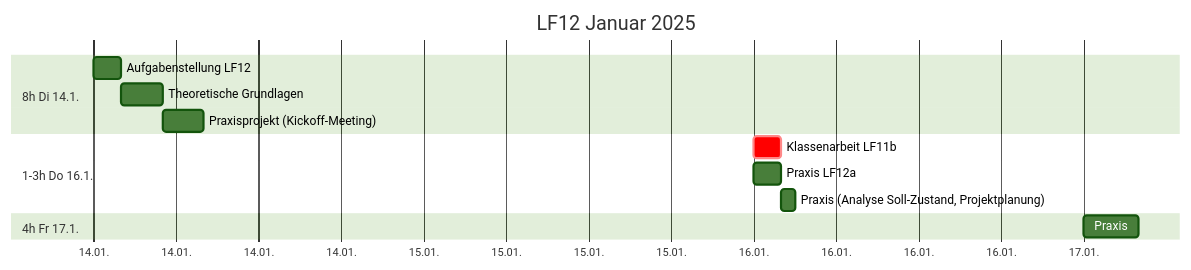
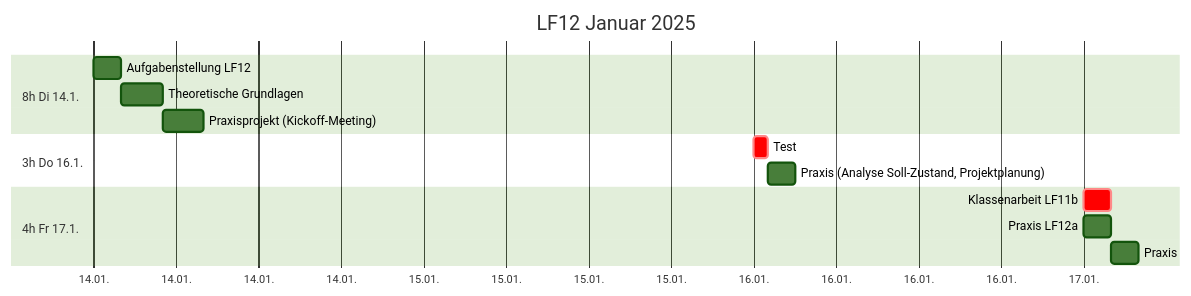
Before and after one commit to johannesloetzsch/LF12: the first of 3 diagrams in src/orga.md, drawn with Mermaid (forest theme). The commit also changed other lines of this file and 1 other file, not shown here.

Commit message:
[x] kick-off + änderung zeitplan

````diff
--- a/src/orga.md
+++ b/src/orga.md
@@ -30,16 +30,17 @@
 ```mermaid
 gantt
  title LF12 Januar 2025
  dateFormat YYYY-MM-DD
  axisFormat %d.%m.
  section 8h Di 14.1.
   Aufgabenstellung LF12             :t1, 2025-01-14, 2h
   Theoretische Grundlagen           :t2, after t1, 3h
   Praxisprojekt (Kickoff-Meeting)   :after t2, 3h
- section 1-3h Do 16.1.
-  Klassenarbeit LF11b               :crit, t3, 2025-01-16, 2h
-  Praxis LF12a                      :t4, 2025-01-16, 2h
-  Praxis (Analyse Soll-Zustand, Projektplanung)  :after t3, after t4, 1h
+ section 3h Do 16.1.
+  Test                              :crit, t3, 2025-01-16, 1h
+  Praxis (Analyse Soll-Zustand, Projektplanung)  :after t3, 2h
  section 4h Fr 17.1.
-  Praxis                            :2025-01-17, 4h
+  Klassenarbeit LF11b               :crit, 2025-01-17, 2h
+  Praxis LF12a                      :t4, 2025-01-17, 2h
+  Praxis                            :after t4, 2h
 ```
````
